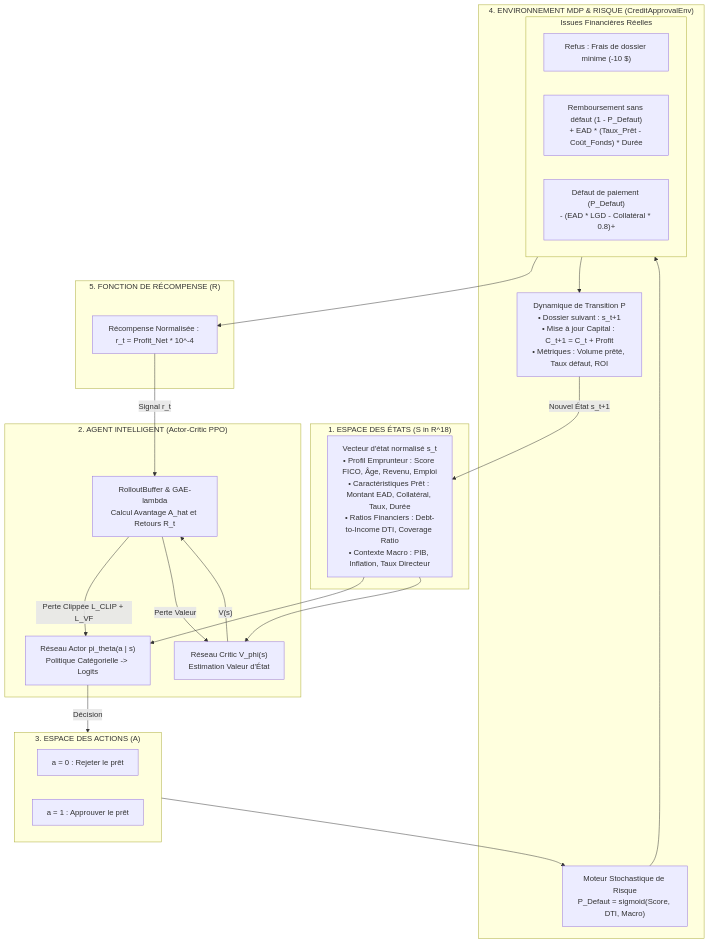
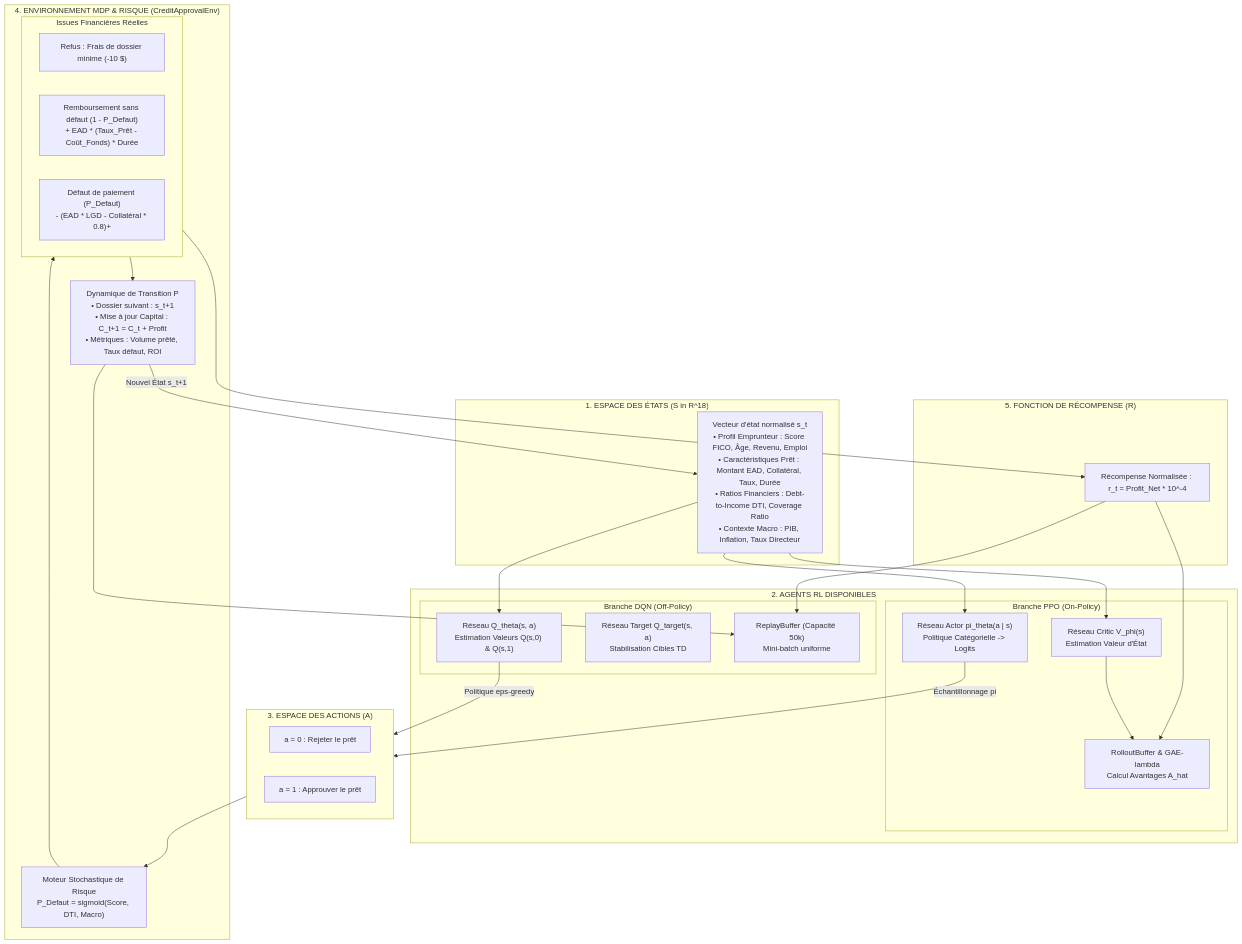
The first of 2 diagrams in EXPLICATION_WORKFLOW_MDP.md (ariistidesaker/credit-approval-reinforcement-learning), drawn with Mermaid before and after one commit. The commit also changed other lines of this file and 5 other files, not shown here.

````diff
--- a/EXPLICATION_WORKFLOW_MDP.md
+++ b/EXPLICATION_WORKFLOW_MDP.md
@@ -59,44 +62,53 @@
 ```mermaid
 flowchart TD
     subgraph S_Box["1. ESPACE DES ÉTATS (S in R^18)"]
         S["Vecteur d'état normalisé s_t<br/>• Profil Emprunteur : Score FICO, Âge, Revenu, Emploi<br/>• Caractéristiques Prêt : Montant EAD, Collatéral, Taux, Durée<br/>• Ratios Financiers : Debt-to-Income DTI, Coverage Ratio<br/>• Contexte Macro : PIB, Inflation, Taux Directeur"]
     end
 
-    subgraph Agent_Box["2. AGENT INTELLIGENT (Actor-Critic PPO)"]
-        Actor["Réseau Actor pi_theta(a | s)<br/>Politique Catégorielle -> Logits"]
-        Critic["Réseau Critic V_phi(s)<br/>Estimation Valeur d'État"]
-        GAE["RolloutBuffer & GAE-lambda<br/>Calcul Avantage A_hat et Retours R_t"]
+    subgraph Agent_Box["2. AGENTS RL DISPONIBLES"]
+        subgraph PPO_Arch["Branche PPO (On-Policy)"]
+            Actor["Réseau Actor pi_theta(a | s)<br/>Politique Catégorielle -> Logits"]
+            Critic["Réseau Critic V_phi(s)<br/>Estimation Valeur d'État"]
+            GAE["RolloutBuffer & GAE-lambda<br/>Calcul Avantages A_hat"]
+        end
+        subgraph DQN_Arch["Branche DQN (Off-Policy)"]
+            QNet["Réseau Q_theta(s, a)<br/>Estimation Valeurs Q(s,0) & Q(s,1)"]
+            QTarget["Réseau Target Q_target(s, a)<br/>Stabilisation Cibles TD"]
+            Replay["ReplayBuffer (Capacité 50k)<br/>Mini-batch uniforme"]
+        end
     end
 
     subgraph Action_Box["3. ESPACE DES ACTIONS (A)"]
         A0["a = 0 : Rejeter le prêt"]
         A1["a = 1 : Approuver le prêt"]
     end
 
     subgraph Env_Box["4. ENVIRONNEMENT MDP & RISQUE (CreditApprovalEnv)"]
         SimRisk["Moteur Stochastique de Risque<br/>P_Defaut = sigmoid(Score, DTI, Macro)"]
         subgraph Outcomes["Issues Financières Réelles"]
             O_Rej["Refus : Frais de dossier minime (-10 $)"]
             O_Repay["Remboursement sans défaut (1 - P_Defaut)<br/>+ EAD * (Taux_Prêt - Coût_Fonds) * Durée"]
             O_Def["Défaut de paiement (P_Defaut)<br/>- (EAD * LGD - Collatéral * 0.8)+"]
         end
         Trans["Dynamique de Transition P<br/>• Dossier suivant : s_t+1<br/>• Mise à jour Capital : C_t+1 = C_t + Profit<br/>• Métriques : Volume prêté, Taux défaut, ROI"]
     end
 
     subgraph Reward_Box["5. FONCTION DE RÉCOMPENSE (R)"]
         Rew["Récompense Normalisée : r_t = Profit_Net * 10^-4"]
     end
 
     S --> Actor
     S --> Critic
-    Actor -->|"Décision"| Action_Box
+    S --> QNet
+    Actor -->|"Échantillonnage pi"| Action_Box
+    QNet -->|"Politique eps-greedy"| Action_Box
     Action_Box --> SimRisk
     SimRisk --> Outcomes
     Outcomes --> Rew
     Outcomes --> Trans
-    Rew -->|"Signal r_t"| GAE
-    Critic -->|"V(s)"| GAE
-    GAE -->|"Perte Clippée L_CLIP + L_VF"| Actor
-    GAE -->|"Perte Valeur"| Critic
+    Rew --> GAE
+    Critic --> GAE
+    Rew --> Replay
+    Trans --> Replay
     Trans -->|"Nouvel État s_t+1"| S
 ```
````
